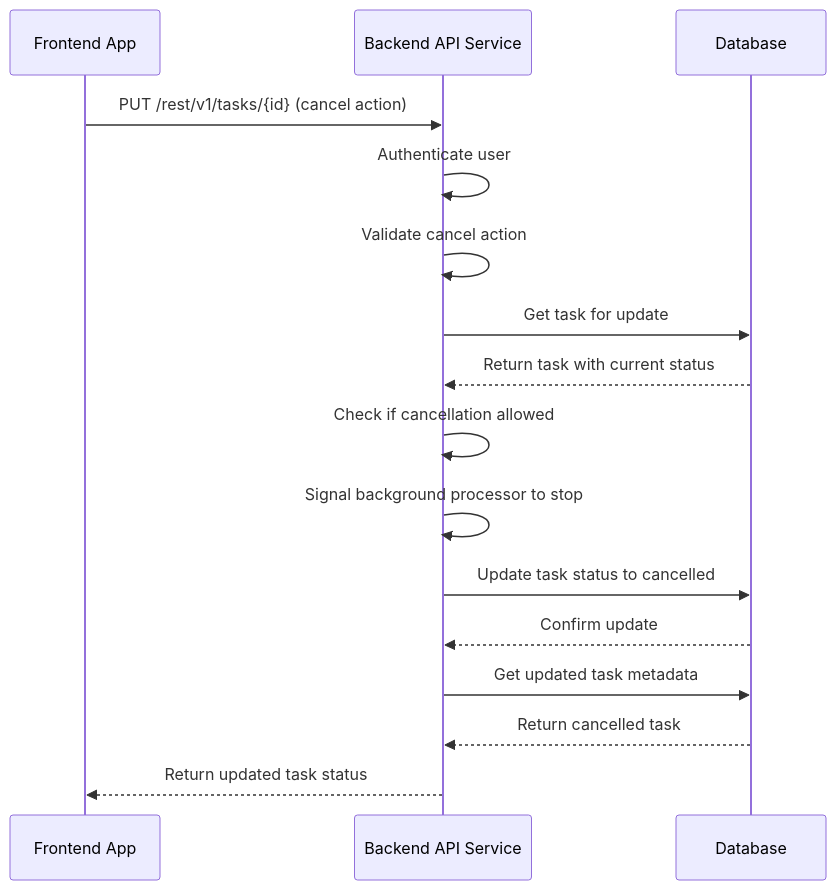
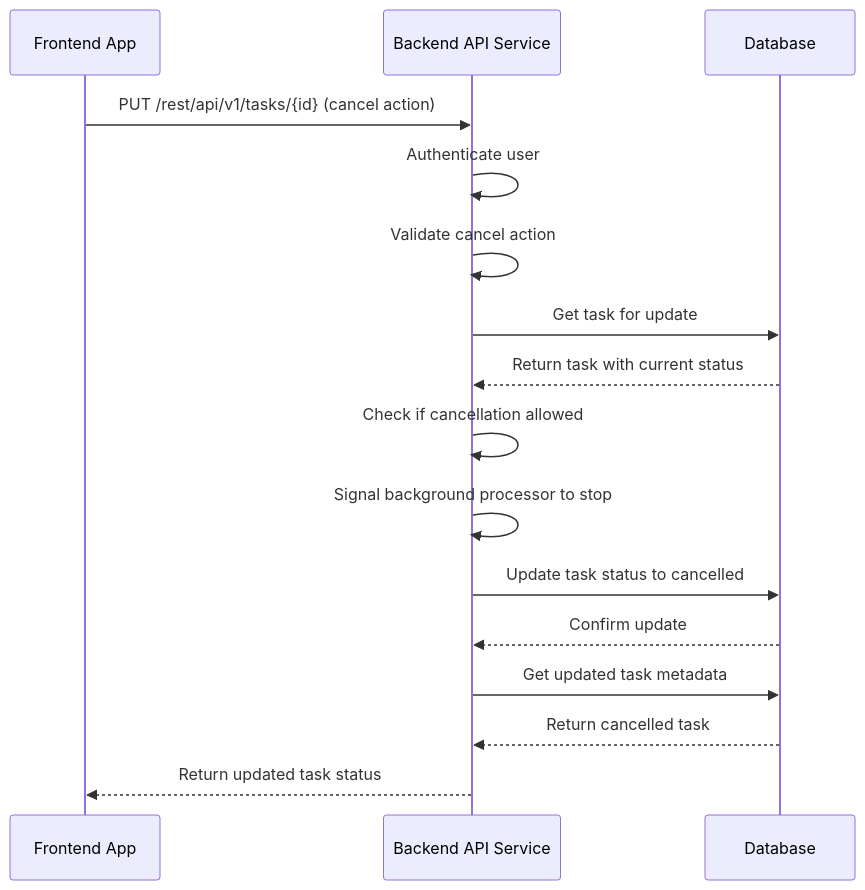
The seventh of 9 diagrams in docs/sequence-diagrams-api-handling.md (andrewhzy/SpringHttpClientDataJpaDemo), drawn with Mermaid before and after one commit. The commit also changed other lines of this file and 8 other files, not shown here.

````diff
--- a/docs/sequence-diagrams-api-handling.md
+++ b/docs/sequence-diagrams-api-handling.md
@@ -166,24 +166,24 @@
 ```mermaid
 sequenceDiagram
     participant FE as Frontend App
     participant API as Backend API Service
     participant DB as Database
     
-    FE->>API: PUT /rest/v1/tasks/{id} (cancel action)
+    FE->>API: PUT /rest/api/v1/tasks/{id} (cancel action)
     API->>API: Authenticate user
     API->>API: Validate cancel action
     
     API->>DB: Get task for update
     DB-->>API: Return task with current status
     
     API->>API: Check if cancellation allowed
     API->>API: Signal background processor to stop
     
     API->>DB: Update task status to cancelled
     DB-->>API: Confirm update
     
     API->>DB: Get updated task metadata
     DB-->>API: Return cancelled task
     
     API-->>FE: Return updated task status
 ```
````
